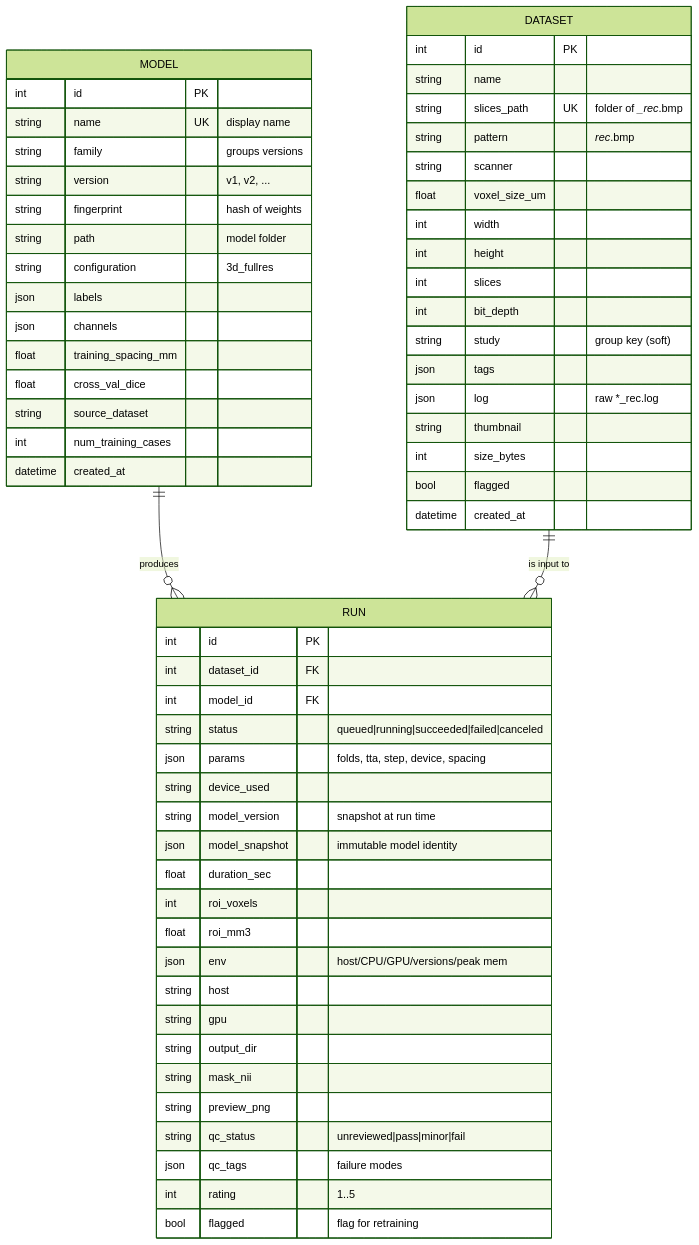
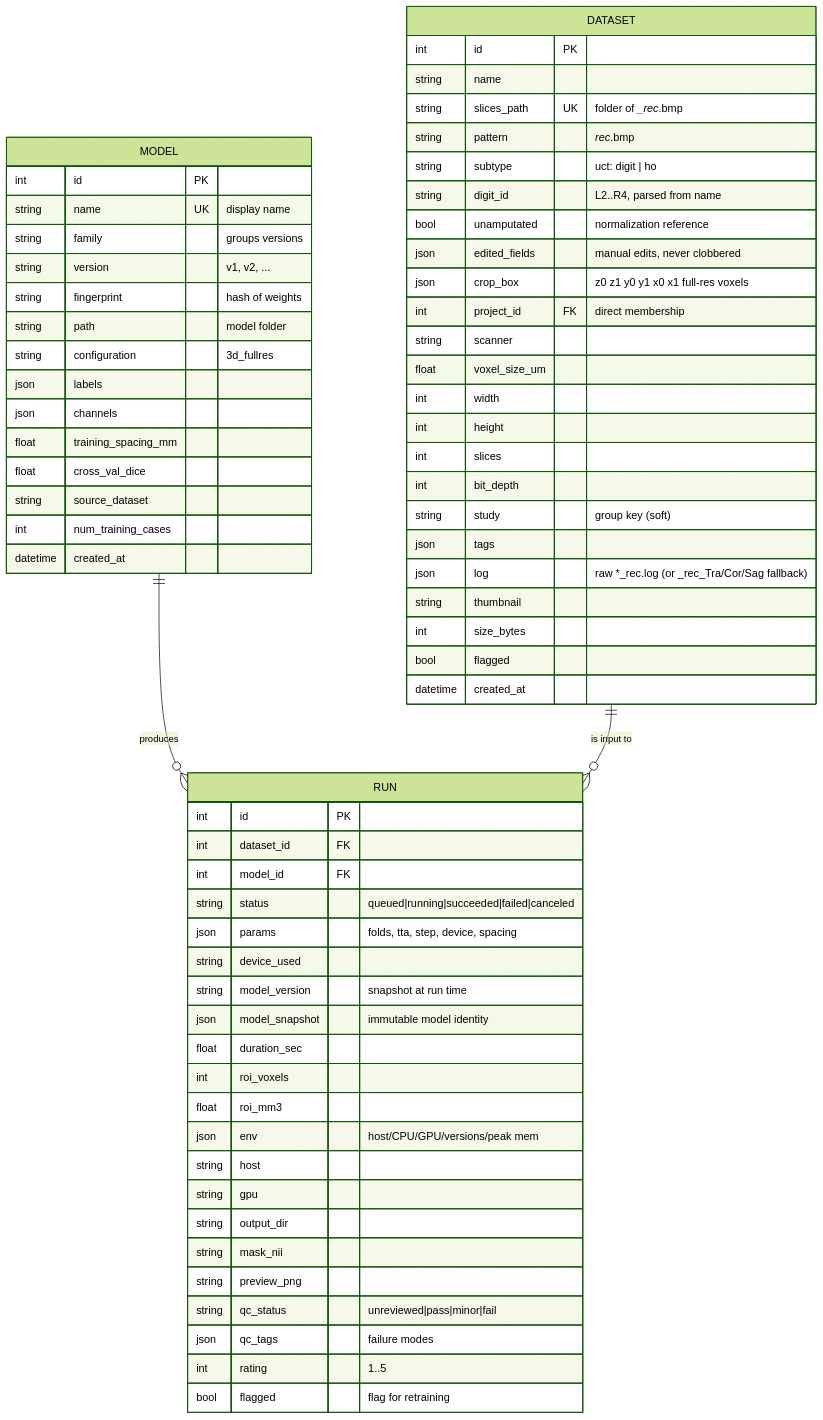
One commit to snehakorlakunta/microct-tools changed the first of 6 diagrams in docs/data-model.md. Above: the diagram before and after it, drawn with Mermaid (forest theme). The commit also changed other lines of this file, not shown here.

Commit message:
Document the review-build schema and behaviors in data-model.md

````diff
--- a/docs/data-model.md
+++ b/docs/data-model.md
@@ -15,66 +15,72 @@
 ```mermaid
 erDiagram
     MODEL ||--o{ RUN : "produces"
     DATASET ||--o{ RUN : "is input to"
 
     MODEL {
         int     id PK
         string  name UK "display name"
         string  family "groups versions"
         string  version "v1, v2, ..."
         string  fingerprint "hash of weights"
         string  path "model folder"
         string  configuration "3d_fullres"
         json    labels
         json    channels
         float   training_spacing_mm
         float   cross_val_dice
         string  source_dataset
         int     num_training_cases
         datetime created_at
     }
 
     DATASET {
         int     id PK
         string  name
         string  slices_path UK "folder of *_rec*.bmp"
         string  pattern "*rec*.bmp"
+        string  subtype "uct: digit | ho"
+        string  digit_id "L2..R4, parsed from name"
+        bool    unamputated "normalization reference"
+        json    edited_fields "manual edits, never clobbered"
+        json    crop_box "z0 z1 y0 y1 x0 x1 full-res voxels"
+        int     project_id FK "direct membership"
         string  scanner
         float   voxel_size_um
         int     width
         int     height
         int     slices
         int     bit_depth
         string  study "group key (soft)"
         json    tags
-        json    log "raw *_rec.log"
+        json    log "raw *_rec.log (or _rec_Tra/Cor/Sag fallback)"
         string  thumbnail
         int     size_bytes
         bool    flagged
         datetime created_at
     }
 
     RUN {
         int     id PK
         int     dataset_id FK
         int     model_id FK
         string  status "queued|running|succeeded|failed|canceled"
         json    params "folds, tta, step, device, spacing"
         string  device_used
         string  model_version "snapshot at run time"
         json    model_snapshot "immutable model identity"
         float   duration_sec
         int     roi_voxels
         float   roi_mm3
         json    env "host/CPU/GPU/versions/peak mem"
         string  host
         string  gpu
         string  output_dir
         string  mask_nii
         string  preview_png
         string  qc_status "unreviewed|pass|minor|fail"
         json    qc_tags "failure modes"
         int     rating "1..5"
         bool    flagged "flag for retraining"
     }
 ```
````
